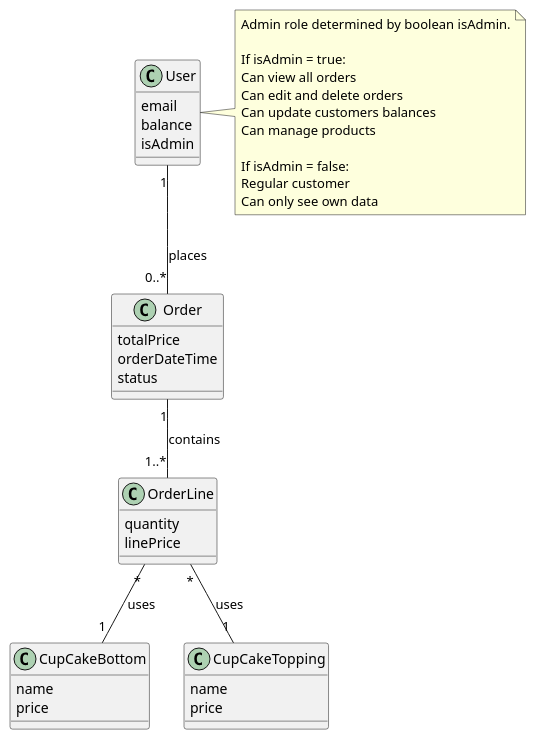
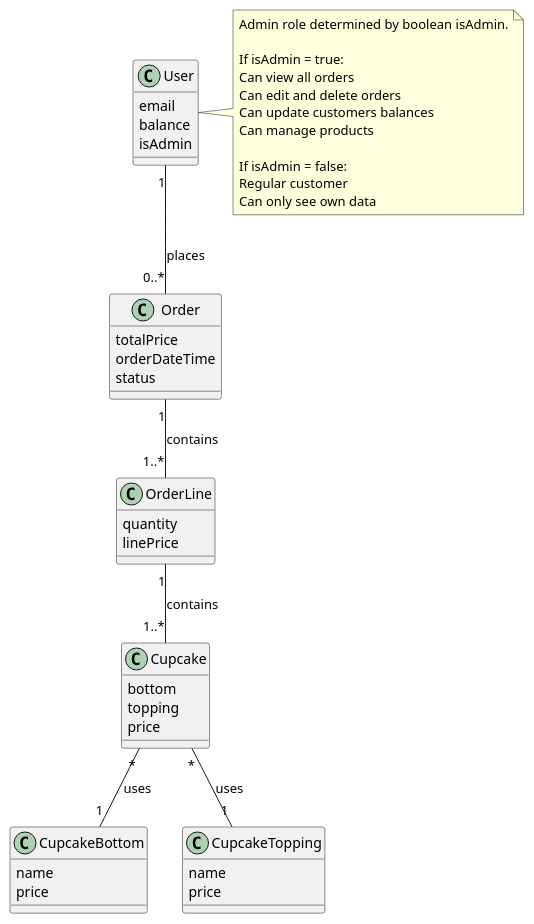
One commit to Mortenjenne/CupCake changed the diagram in docs/domain/domain model.puml. Above: the diagram before and after it, drawn with PlantUML. The commit also changed 1 other file, not shown here.

Commit message:
docs: Edited diagrams and added report

```diff
--- a/docs/domain/domain model.puml
+++ b/docs/domain/domain model.puml
@@ -1,55 +1,63 @@
 @startuml
 'https://plantuml.com/class-diagram
 
 class User
 {
 email
 balance
 isAdmin
 }
 
 note right of User
   Admin role determined by boolean isAdmin.
 
   If isAdmin = true:
   Can view all orders
   Can edit and delete orders
   Can update customers balances
   Can manage products
 
   If isAdmin = false:
   Regular customer
   Can only see own data
 end note
 
 class Order
 {
 totalPrice
 orderDateTime
 status
 }
 
 class OrderLine
 {
 quantity
 linePrice
 }
 
-class CupCakeBottom
+class Cupcake
+{
+bottom
+topping
+price
+}
+
+class CupcakeBottom
 {
 name
 price
 }
 
-class CupCakeTopping
+class CupcakeTopping
 {
 name
 price
 }
 
 User "1" -- "0..*" Order : places
 Order "1" -- "1..*" OrderLine : contains
-OrderLine "*" -- "1" CupCakeBottom : uses
-OrderLine "*" -- "1" CupCakeTopping : uses
+OrderLine "1" -- "1..*" Cupcake : contains
+Cupcake "*" -- "1" CupcakeBottom : uses
+Cupcake "*" -- "1" CupcakeTopping : uses
 
 @enduml
```
